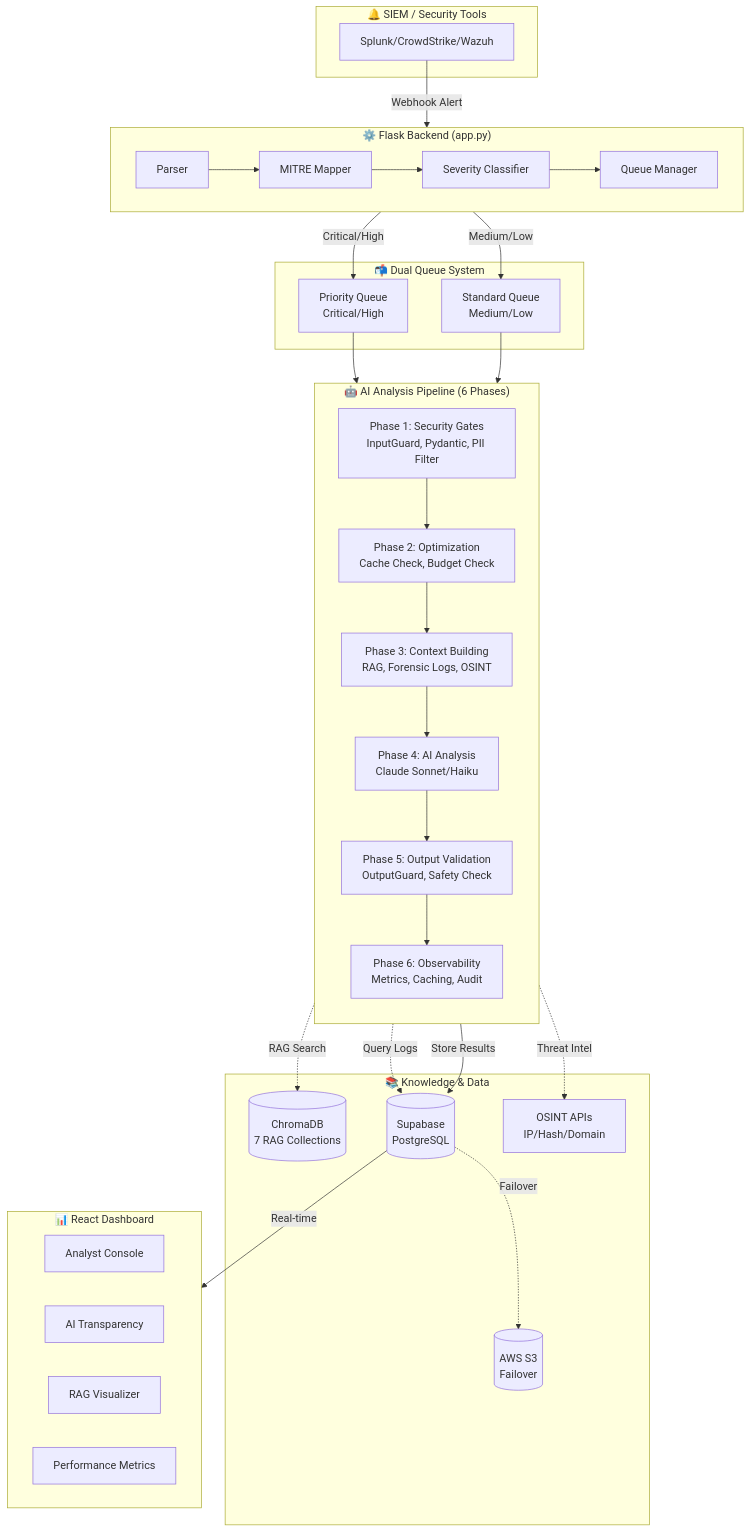
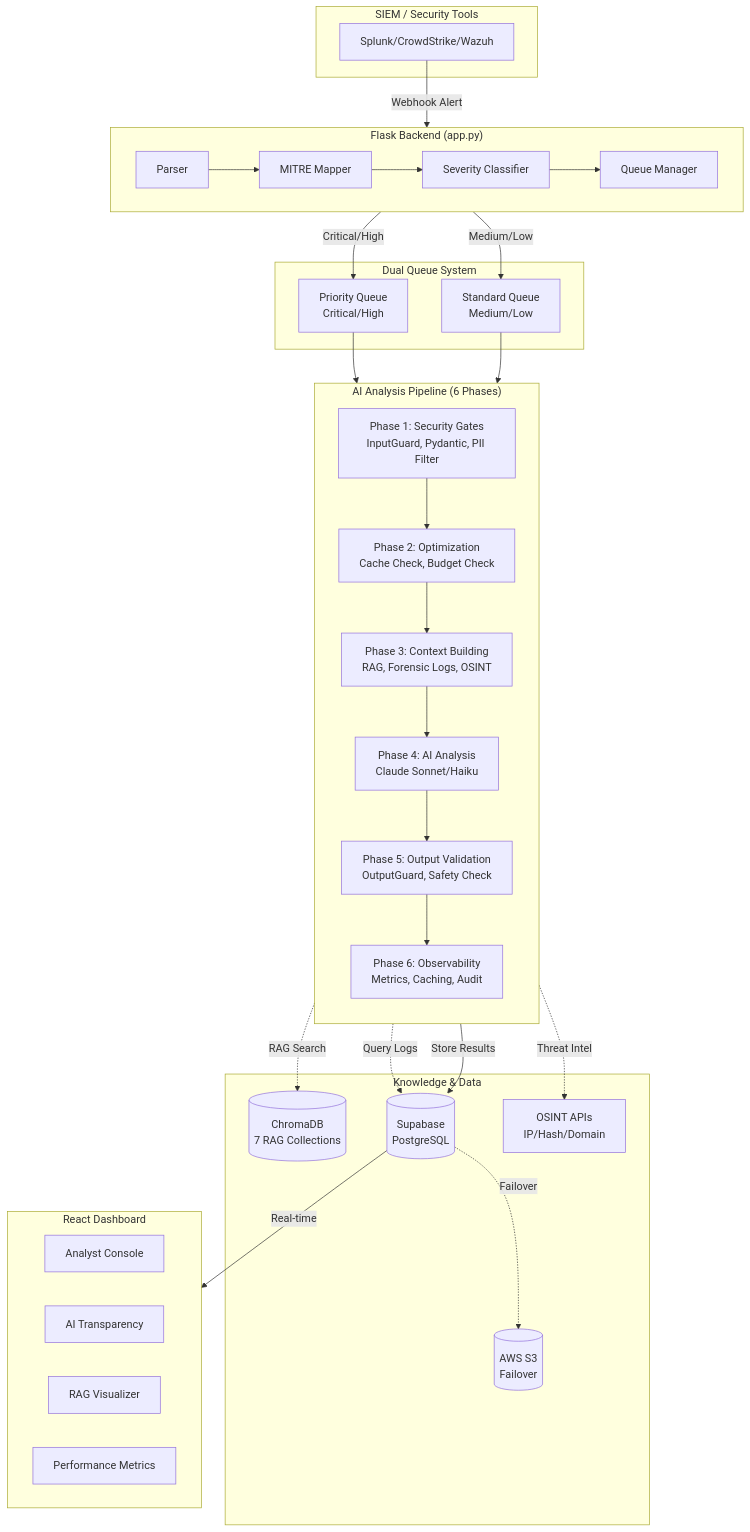
Before and after one commit to karanam61/LLM-watchdog-prototype: the diagram in docs/ARCHITECTURE.md, drawn with Mermaid. The commit also changed other lines of this file and 56 other files, not shown here.

````diff
--- a/docs/ARCHITECTURE.md
+++ b/docs/ARCHITECTURE.md
@@ -5,57 +5,57 @@
 ```mermaid
 flowchart TB
-    subgraph SIEM["🔔 SIEM / Security Tools"]
+    subgraph SIEM["SIEM / Security Tools"]
         splunk[Splunk/CrowdStrike/Wazuh]
     end
 
-    subgraph Backend["⚙️ Flask Backend (app.py)"]
+    subgraph Backend["Flask Backend (app.py)"]
         direction LR
         parser[Parser]
         mitre[MITRE Mapper]
         severity[Severity Classifier]
         queue[Queue Manager]
         parser --> mitre --> severity --> queue
     end
 
-    subgraph Queues["📬 Dual Queue System"]
+    subgraph Queues["Dual Queue System"]
         priority[Priority Queue<br/>Critical/High]
         standard[Standard Queue<br/>Medium/Low]
     end
 
-    subgraph AI["🤖 AI Analysis Pipeline (6 Phases)"]
+    subgraph AI["AI Analysis Pipeline (6 Phases)"]
         direction TB
         phase1[Phase 1: Security Gates<br/>InputGuard, Pydantic, PII Filter]
         phase2[Phase 2: Optimization<br/>Cache Check, Budget Check]
         phase3[Phase 3: Context Building<br/>RAG, Forensic Logs, OSINT]
         phase4[Phase 4: AI Analysis<br/>Claude Sonnet/Haiku]
         phase5[Phase 5: Output Validation<br/>OutputGuard, Safety Check]
         phase6[Phase 6: Observability<br/>Metrics, Caching, Audit]
         phase1 --> phase2 --> phase3 --> phase4 --> phase5 --> phase6
     end
 
-    subgraph Knowledge["📚 Knowledge & Data"]
+    subgraph Knowledge["Knowledge & Data"]
         chromadb[(ChromaDB<br/>7 RAG Collections)]
         supabase[(Supabase<br/>PostgreSQL)]
         s3[(AWS S3<br/>Failover)]
         osint[OSINT APIs<br/>IP/Hash/Domain]
     end
 
-    subgraph Dashboard["📊 React Dashboard"]
+    subgraph Dashboard["React Dashboard"]
         analyst[Analyst Console]
         transparency[AI Transparency]
         rag_viz[RAG Visualizer]
         perf[Performance Metrics]
     end
 
     splunk -->|Webhook Alert| parser
     queue -->|Critical/High| priority
     queue -->|Medium/Low| standard
     priority --> phase1
     standard --> phase1
     phase3 -.->|Query Logs| supabase
     phase3 -.->|Threat Intel| osint
     phase3 -.->|RAG Search| chromadb
     phase6 -->|Store Results| supabase
     supabase -.->|Failover| s3
     supabase -->|Real-time| Dashboard
 ```
````
